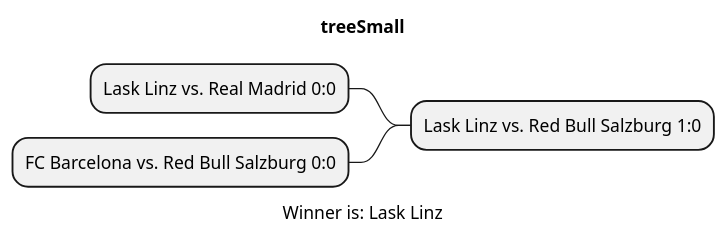
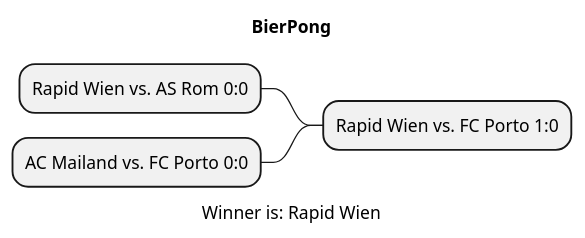
One commit to htl-leonding-project/2022-4ahif-autohaus changed the diagram in asciidocs/plantuml/Result.puml. Above: the diagram before and after it, drawn with PlantUML. The commit also changed 2 other files, not shown here.

```diff
--- a/asciidocs/plantuml/Result.puml
+++ b/asciidocs/plantuml/Result.puml
@@ -1,10 +1,10 @@
-@startmindmap treeSmall.png
-title treeSmall
+@startmindmap BierPong.png
+title BierPong
 
-- Lask Linz vs. Red Bull Salzburg 1:0
+- Rapid Wien vs. FC Porto 1:0
 
--- Lask Linz vs. Real Madrid 0:0
+-- Rapid Wien vs. AS Rom 0:0
 
--- FC Barcelona vs. Red Bull Salzburg 0:0
-caption Winner is: Lask Linz
+-- AC Mailand vs. FC Porto 0:0
+caption Winner is: Rapid Wien
 @endmindmap
```
